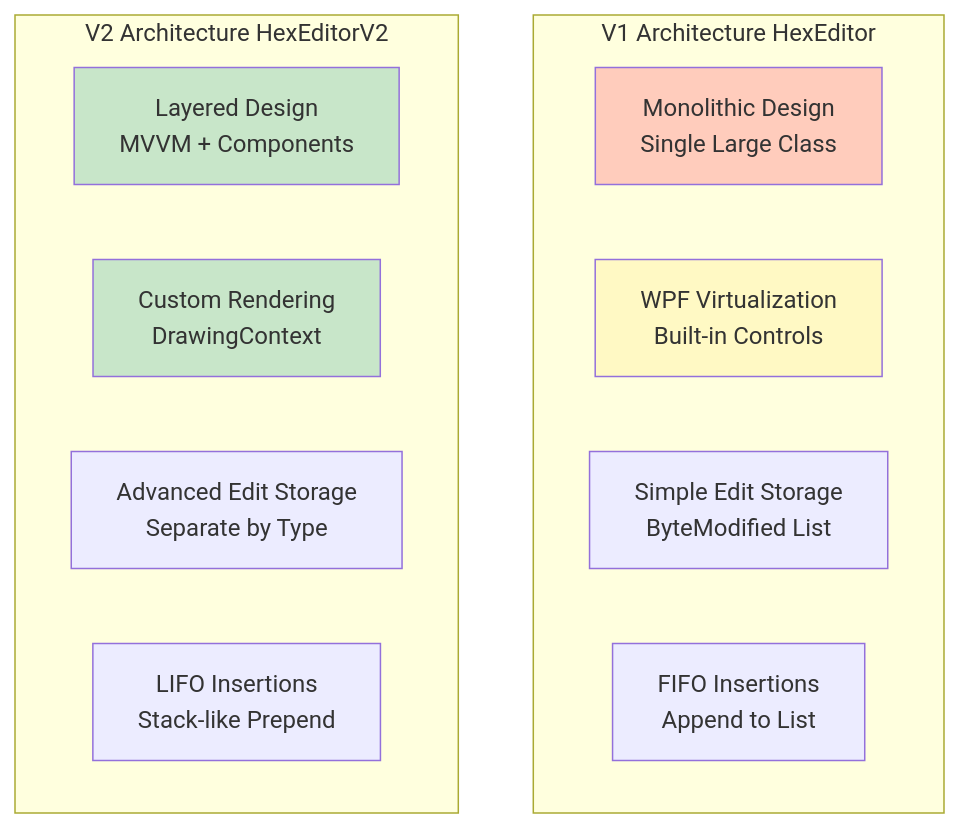
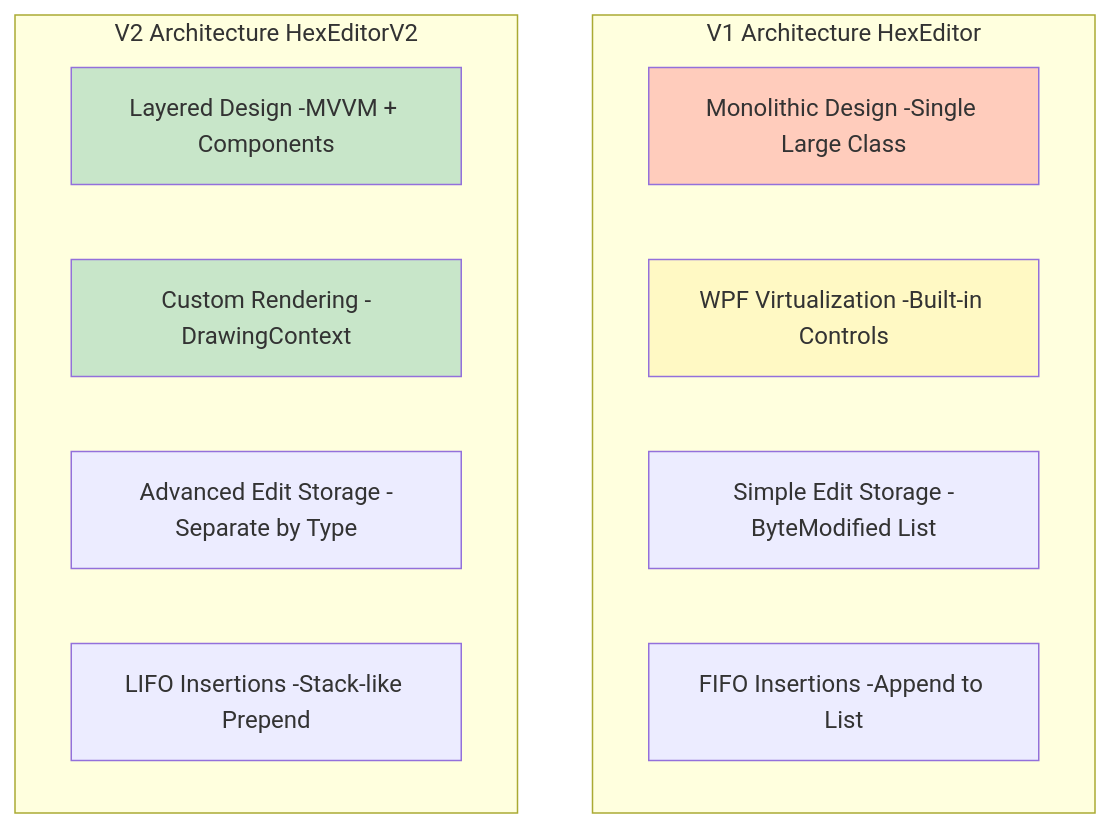
Diagram 21 of 24 in ARCHITECTURE_V2.md (myd7349/WpfHexEditorControl), drawn with Mermaid before and after one commit. The commit also changed other lines of this file, not shown here.

First line of the commit message:
Fix all remaining Mermaid diagram br tags for GitHub compatibility

````diff
--- a/ARCHITECTURE_V2.md
+++ b/ARCHITECTURE_V2.md
@@ -1455,21 +1455,21 @@
 ```mermaid
 graph TB
     subgraph "V1 Architecture HexEditor"
-        V1_Mono["Monolithic Design<br/>Single Large Class"]
-        V1_WPF["WPF Virtualization<br/>Built-in Controls"]
-        V1_Simple["Simple Edit Storage<br/>ByteModified List"]
-        V1_FIFO["FIFO Insertions<br/>Append to List"]
+        V1_Mono["Monolithic Design -Single Large Class"]
+        V1_WPF["WPF Virtualization -Built-in Controls"]
+        V1_Simple["Simple Edit Storage -ByteModified List"]
+        V1_FIFO["FIFO Insertions -Append to List"]
     end
 
     subgraph "V2 Architecture HexEditorV2"
-        V2_Layer["Layered Design<br/>MVVM + Components"]
-        V2_Custom["Custom Rendering<br/>DrawingContext"]
-        V2_Advanced["Advanced Edit Storage<br/>Separate by Type"]
-        V2_LIFO["LIFO Insertions<br/>Stack-like Prepend"]
+        V2_Layer["Layered Design -MVVM + Components"]
+        V2_Custom["Custom Rendering -DrawingContext"]
+        V2_Advanced["Advanced Edit Storage -Separate by Type"]
+        V2_LIFO["LIFO Insertions -Stack-like Prepend"]
     end
 
     style V1_Mono fill:#ffccbc
     style V1_WPF fill:#fff9c4
     style V2_Layer fill:#c8e6c9
     style V2_Custom fill:#c8e6c9
 ```
````
